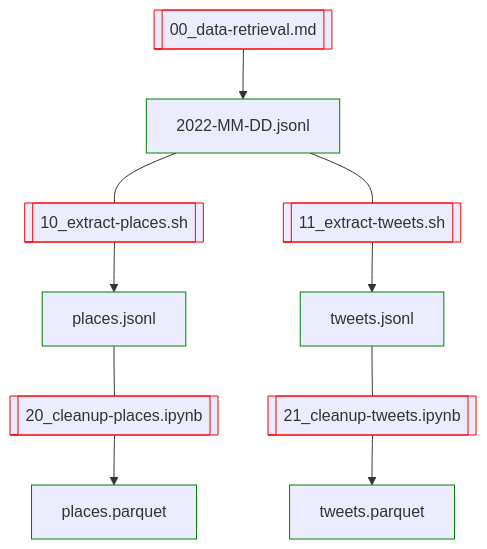
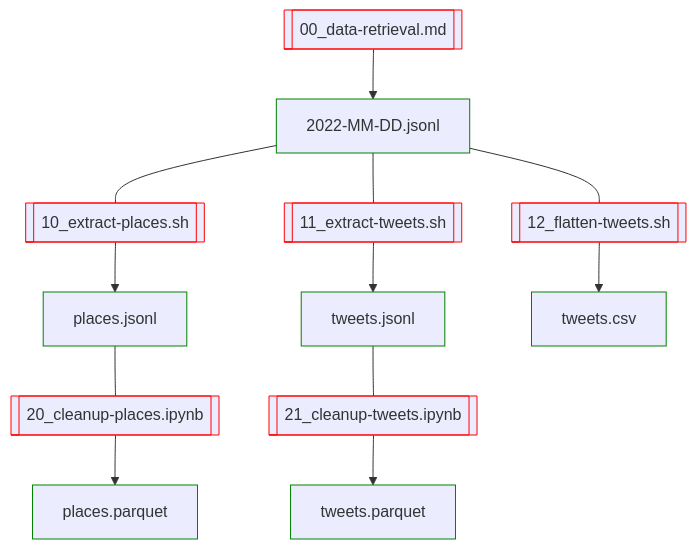
The diagram in README.md (breviloquia-italica/pipeline), drawn with Mermaid before and after one commit. The commit also changed 2 other files, not shown here.

Commit message:
Add stage 12

````diff
--- a/README.md
+++ b/README.md
@@ -3,19 +3,21 @@
 ```mermaid
 flowchart TD;
 
 00[[00_data-retrieval.md]]:::code;
 00 --> 2022-MM-DD.jsonl:::data;
 
 10[[10_extract-places.sh]]:::code;
 11[[11_extract-tweets.sh]]:::code;
+12[[12_flatten-tweets.sh]]:::code;
 2022-MM-DD.jsonl --- 10 --> places.jsonl:::data;
 2022-MM-DD.jsonl --- 11 --> tweets.jsonl:::data;
+2022-MM-DD.jsonl --- 12 --> tweets.csv:::data;
 
 20[[20_cleanup-places.ipynb]]:::code;
 21[[21_cleanup-tweets.ipynb]]:::code;
 places.jsonl --- 20 --> places.parquet:::data;
 tweets.jsonl --- 21 --> tweets.parquet:::data;
 
 classDef code stroke:red;
 classDef data stroke:green;
 ```
````
